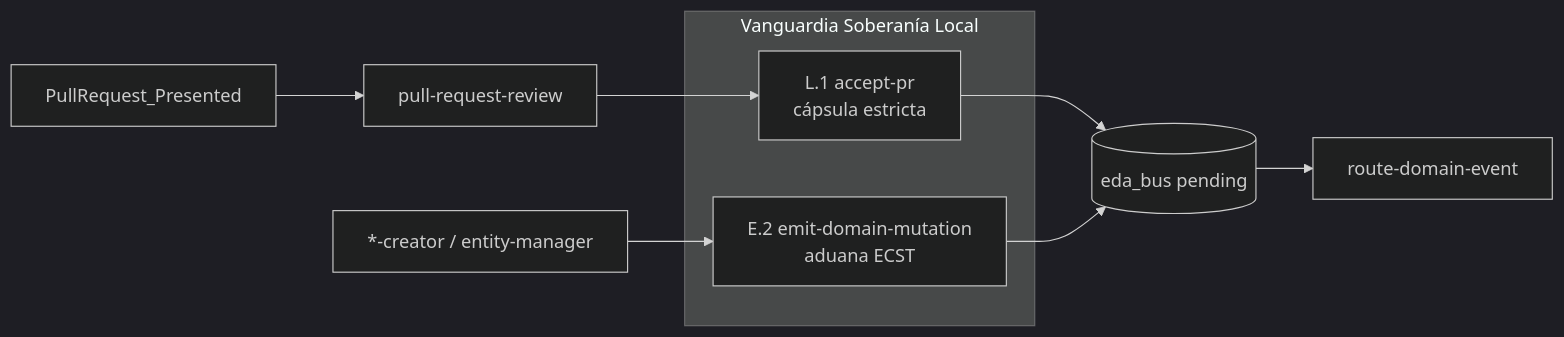
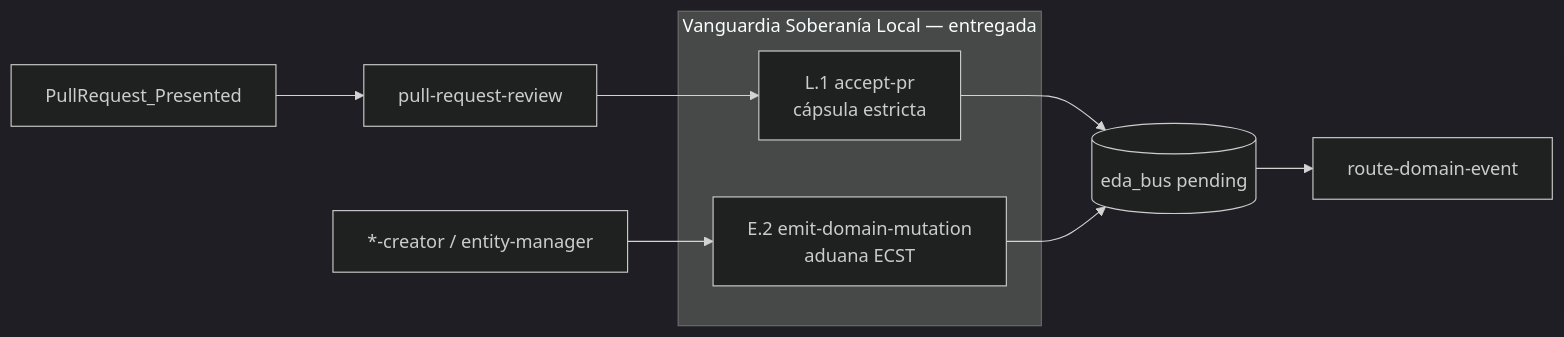
One commit to racso80es/SddIA changed the diagram in docs/todos/pending/[OPERATIVO] Backlog pendiente post-PR11 — Hito 3, Ola C y laboratorio.md. Above: the diagram before and after it, drawn with Mermaid (dark theme). The commit also changed other lines of this file and 15 other files, not shown here.

````diff
--- a/docs/todos/pending/[OPERATIVO] Backlog pendiente post-PR11 — Hito 3, Ola C y laboratorio.md
+++ b/docs/todos/pending/[OPERATIVO] Backlog pendiente post-PR11 — Hito 3, Ola C y laboratorio.md
@@ -133,13 +136,13 @@
 ```mermaid
 flowchart LR
-  subgraph vanguardia [Vanguardia Soberanía Local]
+  subgraph vanguardia [Vanguardia Soberanía Local — entregada]
     L1[L.1 accept-pr<br/>cápsula estricta]
     E2[E.2 emit-domain-mutation<br/>aduana ECST]
   end
   PR[PullRequest_Presented] --> Review[pull-request-review]
   Review --> L1
   L1 --> Bus[(eda_bus pending)]
   Forge[*-creator / entity-manager] --> E2
   E2 --> Bus
   Bus --> Route[route-domain-event]
 ```
````
